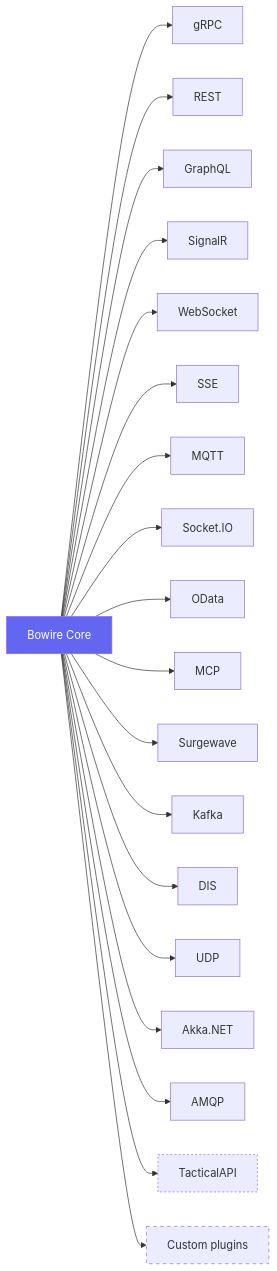
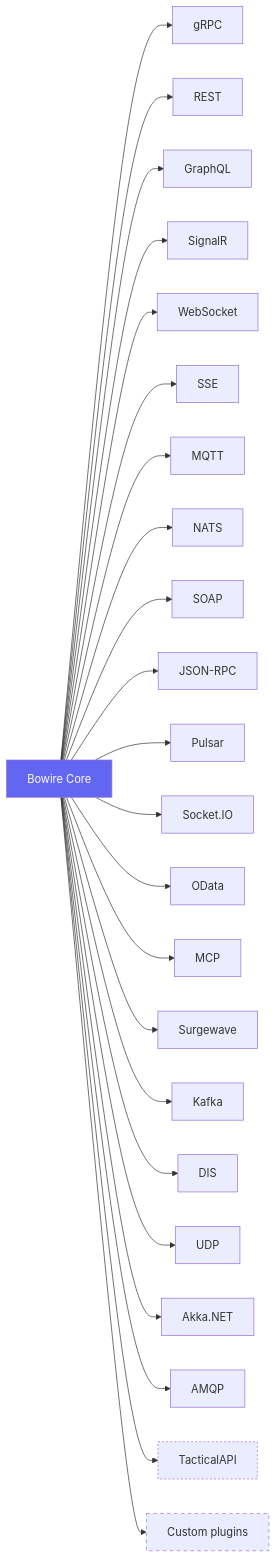
One commit to Kuestenlogik/Bowire changed the diagram in docs/protocols/index.md. Above: the diagram before and after it, drawn with Mermaid. The commit also changed other lines of this file and 9 other files, not shown here.

````diff
--- a/docs/protocols/index.md
+++ b/docs/protocols/index.md
@@ -42,24 +46,28 @@
 ```mermaid
 graph LR
     A[Bowire Core] --> B[gRPC]
     A --> C[REST]
     A --> D[GraphQL]
     A --> E[SignalR]
     A --> F[WebSocket]
     A --> G[SSE]
     A --> H[MQTT]
+    A --> NATS[NATS]
+    A --> SOAP[SOAP]
+    A --> JRPC[JSON-RPC]
+    A --> PULSAR[Pulsar]
     A --> I[Socket.IO]
     A --> J[OData]
     A --> K[MCP]
     A --> M[Surgewave]
     A --> N[Kafka]
     A --> O[DIS]
     A --> P[UDP]
     A --> Q["Akka.NET"]
     A --> AMQP[AMQP]
     A --> R[TacticalAPI]
     A --> L[Custom plugins]
     style A fill:#6366f1,color:#fff
     style L stroke-dasharray: 5 5
     style R stroke-dasharray: 3 3
 ```
````
